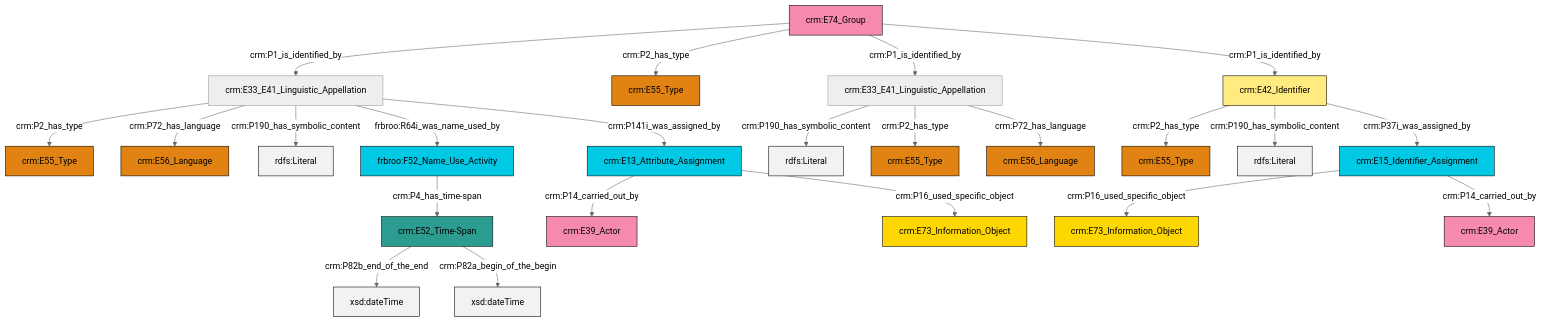
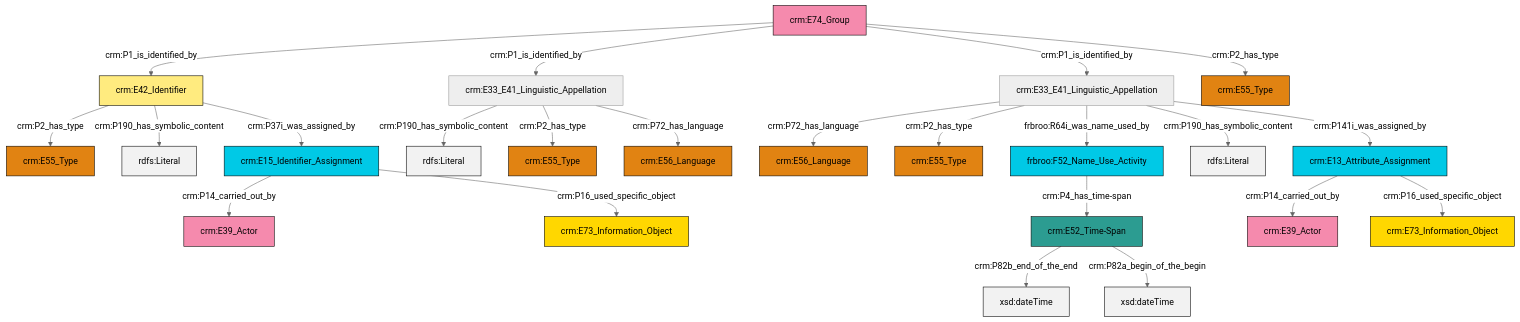
The diagram in et/groupCSV/ttl/mmd/group_name.ttl.mmd (swiss-art-research-net/reference-data-models), drawn with Mermaid (neutral theme) before and after one commit. The commit also changed 146 other files, not shown here.

```diff
--- a/et/groupCSV/ttl/mmd/group_name.ttl.mmd
+++ b/et/groupCSV/ttl/mmd/group_name.ttl.mmd
@@ -1,37 +1,37 @@
 graph TD
 classDef Literal fill:#f2f2f2,stroke:#000000;
 classDef CRM_Entity fill:#FFFFFF,stroke:#000000;
 classDef Temporal_Entity fill:#00C9E6, stroke:#000000;
 classDef Type fill:#E18312, stroke:#000000;
 classDef Time-Span fill:#2C9C91, stroke:#000000;
 classDef Appellation fill:#FFEB7F, stroke:#000000;
 classDef Place fill:#008836, stroke:#000000;
 classDef Persistent_Item fill:#B266B2, stroke:#000000;
 classDef Conceptual_Object fill:#FFD700, stroke:#000000;
 classDef Physical_Thing fill:#D2B48C, stroke:#000000;
 classDef Actor fill:#f58aad, stroke:#000000;
 classDef PC_Classes fill:#4ce600, stroke:#000000;
 classDef Multi fill:#cccccc,stroke:#000000;
 
-0["crm:E13_Attribute_Assignment"]:::Temporal_Entity -->|crm:P14_carried_out_by| 1["crm:E39_Actor"]:::Actor
-0["crm:E13_Attribute_Assignment"]:::Temporal_Entity -->|crm:P16_used_specific_object| 2["crm:E73_Information_Object"]:::Conceptual_Object
-3["crm:E33_E41_Linguistic_Appellation"]:::Default -->|crm:P190_has_symbolic_content| 4[rdfs:Literal]:::Literal
-9["crm:E33_E41_Linguistic_Appellation"]:::Default -->|crm:P2_has_type| 5["crm:E55_Type"]:::Type
-3["crm:E33_E41_Linguistic_Appellation"]:::Default -->|crm:P2_has_type| 10["crm:E55_Type"]:::Type
-9["crm:E33_E41_Linguistic_Appellation"]:::Default -->|crm:P72_has_language| 11["crm:E56_Language"]:::Type
-12["crm:E52_Time-Span"]:::Time-Span -->|crm:P82b_end_of_the_end| 13[xsd:dateTime]:::Literal
-14["crm:E15_Identifier_Assignment"]:::Temporal_Entity -->|crm:P16_used_specific_object| 15["crm:E73_Information_Object"]:::Conceptual_Object
-7["crm:E42_Identifier"]:::Appellation -->|crm:P2_has_type| 16["crm:E55_Type"]:::Type
-17["frbroo:F52_Name_Use_Activity"]:::Temporal_Entity -->|crm:P4_has_time-span| 12["crm:E52_Time-Span"]:::Time-Span
-18["crm:E74_Group"]:::Actor -->|crm:P1_is_identified_by| 9["crm:E33_E41_Linguistic_Appellation"]:::Default
-9["crm:E33_E41_Linguistic_Appellation"]:::Default -->|crm:P190_has_symbolic_content| 24[rdfs:Literal]:::Literal
-12["crm:E52_Time-Span"]:::Time-Span -->|crm:P82a_begin_of_the_begin| 27[xsd:dateTime]:::Literal
-7["crm:E42_Identifier"]:::Appellation -->|crm:P190_has_symbolic_content| 32[rdfs:Literal]:::Literal
-3["crm:E33_E41_Linguistic_Appellation"]:::Default -->|crm:P72_has_language| 33["crm:E56_Language"]:::Type
-14["crm:E15_Identifier_Assignment"]:::Temporal_Entity -->|crm:P14_carried_out_by| 35["crm:E39_Actor"]:::Actor
-18["crm:E74_Group"]:::Actor -->|crm:P2_has_type| 36["crm:E55_Type"]:::Type
-9["crm:E33_E41_Linguistic_Appellation"]:::Default -->|frbroo:R64i_was_name_used_by| 17["frbroo:F52_Name_Use_Activity"]:::Temporal_Entity
-18["crm:E74_Group"]:::Actor -->|crm:P1_is_identified_by| 3["crm:E33_E41_Linguistic_Appellation"]:::Default
-7["crm:E42_Identifier"]:::Appellation -->|crm:P37i_was_assigned_by| 14["crm:E15_Identifier_Assignment"]:::Temporal_Entity
-18["crm:E74_Group"]:::Actor -->|crm:P1_is_identified_by| 7["crm:E42_Identifier"]:::Appellation
-9["crm:E33_E41_Linguistic_Appellation"]:::Default -->|crm:P141i_was_assigned_by| 0["crm:E13_Attribute_Assignment"]:::Temporal_Entity
+0["crm:E33_E41_Linguistic_Appellation"]:::Default -->|crm:P72_has_language| 1["crm:E56_Language"]:::Type
+2["crm:E42_Identifier"]:::Appellation -->|crm:P2_has_type| 3["crm:E55_Type"]:::Type
+0["crm:E33_E41_Linguistic_Appellation"]:::Default -->|crm:P2_has_type| 4["crm:E55_Type"]:::Type
+0["crm:E33_E41_Linguistic_Appellation"]:::Default -->|frbroo:R64i_was_name_used_by| 8["frbroo:F52_Name_Use_Activity"]:::Temporal_Entity
+2["crm:E42_Identifier"]:::Appellation -->|crm:P190_has_symbolic_content| 12[rdfs:Literal]:::Literal
+15["crm:E13_Attribute_Assignment"]:::Temporal_Entity -->|crm:P14_carried_out_by| 16["crm:E39_Actor"]:::Actor
+0["crm:E33_E41_Linguistic_Appellation"]:::Default -->|crm:P190_has_symbolic_content| 17[rdfs:Literal]:::Literal
+2["crm:E42_Identifier"]:::Appellation -->|crm:P37i_was_assigned_by| 6["crm:E15_Identifier_Assignment"]:::Temporal_Entity
+13["crm:E33_E41_Linguistic_Appellation"]:::Default -->|crm:P190_has_symbolic_content| 18[rdfs:Literal]:::Literal
+21["crm:E74_Group"]:::Actor -->|crm:P1_is_identified_by| 2["crm:E42_Identifier"]:::Appellation
+21["crm:E74_Group"]:::Actor -->|crm:P1_is_identified_by| 13["crm:E33_E41_Linguistic_Appellation"]:::Default
+15["crm:E13_Attribute_Assignment"]:::Temporal_Entity -->|crm:P16_used_specific_object| 25["crm:E73_Information_Object"]:::Conceptual_Object
+6["crm:E15_Identifier_Assignment"]:::Temporal_Entity -->|crm:P14_carried_out_by| 26["crm:E39_Actor"]:::Actor
+6["crm:E15_Identifier_Assignment"]:::Temporal_Entity -->|crm:P16_used_specific_object| 28["crm:E73_Information_Object"]:::Conceptual_Object
+29["crm:E52_Time-Span"]:::Time-Span -->|crm:P82b_end_of_the_end| 30[xsd:dateTime]:::Literal
+13["crm:E33_E41_Linguistic_Appellation"]:::Default -->|crm:P2_has_type| 22["crm:E55_Type"]:::Type
+8["frbroo:F52_Name_Use_Activity"]:::Temporal_Entity -->|crm:P4_has_time-span| 29["crm:E52_Time-Span"]:::Time-Span
+21["crm:E74_Group"]:::Actor -->|crm:P1_is_identified_by| 0["crm:E33_E41_Linguistic_Appellation"]:::Default
+21["crm:E74_Group"]:::Actor -->|crm:P2_has_type| 9["crm:E55_Type"]:::Type
+0["crm:E33_E41_Linguistic_Appellation"]:::Default -->|crm:P141i_was_assigned_by| 15["crm:E13_Attribute_Assignment"]:::Temporal_Entity
+29["crm:E52_Time-Span"]:::Time-Span -->|crm:P82a_begin_of_the_begin| 39[xsd:dateTime]:::Literal
+13["crm:E33_E41_Linguistic_Appellation"]:::Default -->|crm:P72_has_language| 19["crm:E56_Language"]:::Type
```
